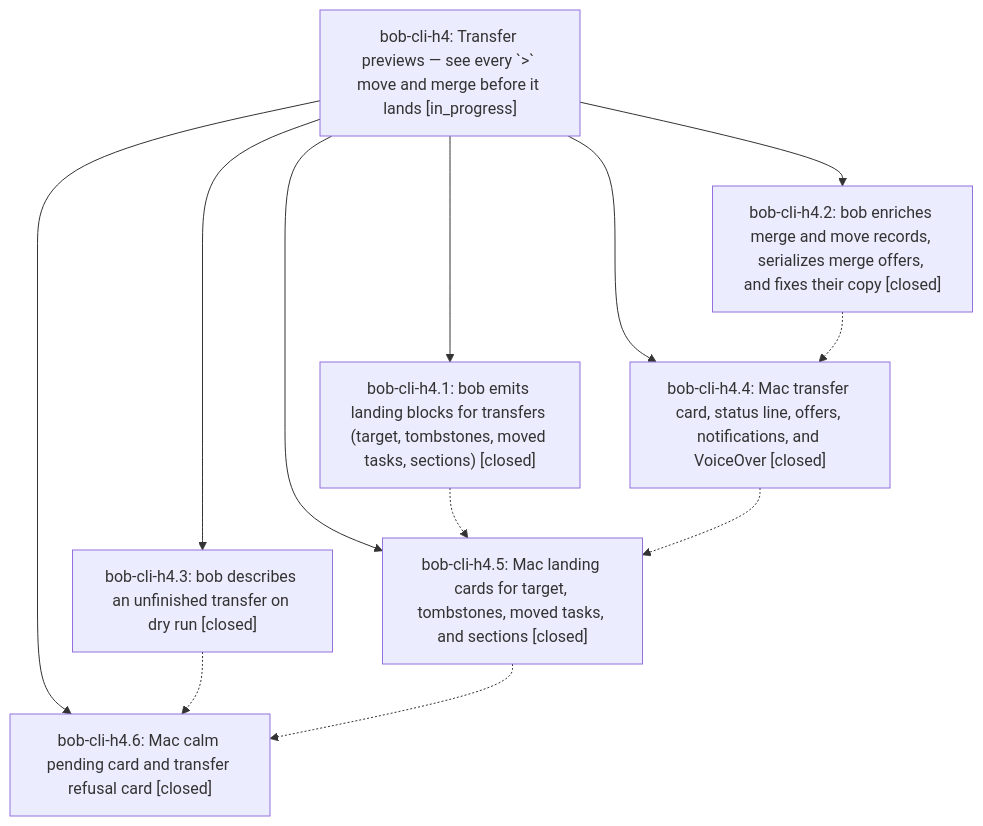
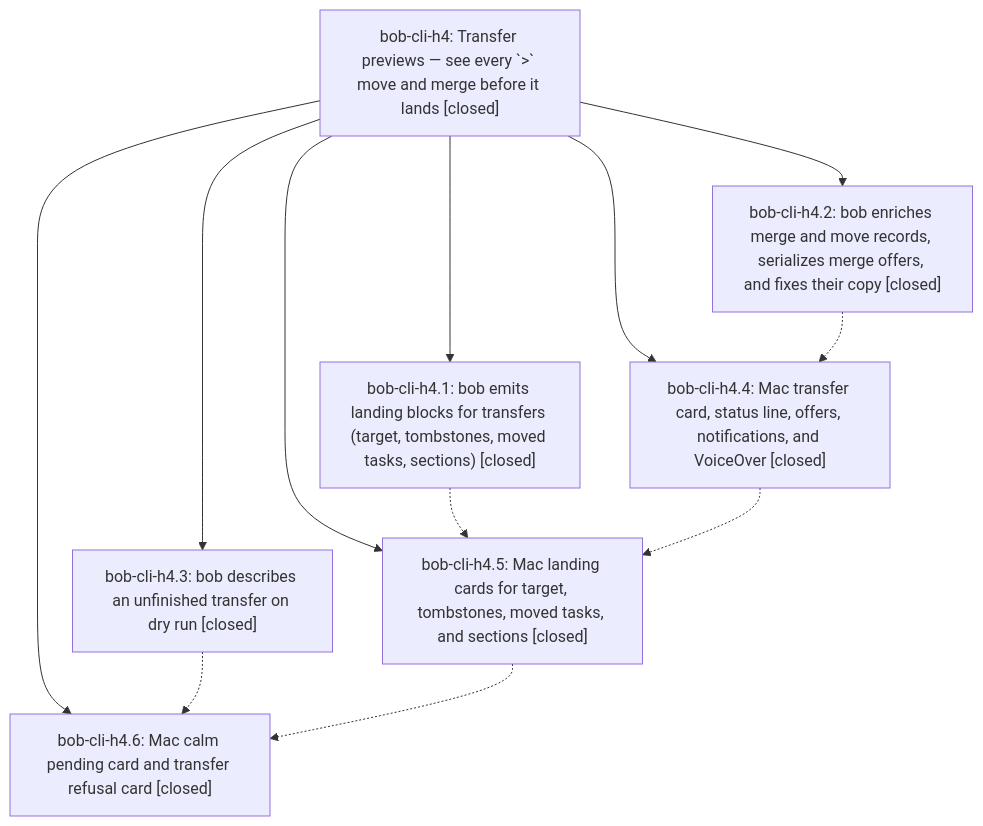
The diagram in pages/bob-cli-h4/README.md (bobs-org/bob-cli--beads), drawn with Mermaid before and after one commit. The commit also changed other lines of this file, not shown here.

First line of the commit message:
chore(beads): sync bead state and pages for bob-cli-h4

````diff
--- a/pages/bob-cli-h4/README.md
+++ b/pages/bob-cli-h4/README.md
@@ -45,21 +59,21 @@
 ```mermaid
 flowchart TD
-    n0["bob-cli-h4: Transfer previews — see every `&gt;` move and merge before it lands [in_progress]"]
+    n0["bob-cli-h4: Transfer previews — see every `&gt;` move and merge before it lands [closed]"]
     n1["bob-cli-h4.1: bob emits landing blocks for transfers (target, tombstones, moved tasks, sections) [closed]"]
     n2["bob-cli-h4.2: bob enriches merge and move records, serializes merge offers, and fixes their copy [closed]"]
     n3["bob-cli-h4.3: bob describes an unfinished transfer on dry run [closed]"]
     n4["bob-cli-h4.4: Mac transfer card, status line, offers, notifications, and VoiceOver [closed]"]
     n5["bob-cli-h4.5: Mac landing cards for target, tombstones, moved tasks, and sections [closed]"]
     n6["bob-cli-h4.6: Mac calm pending card and transfer refusal card [closed]"]
     n0 --> n1
     n0 --> n2
     n0 --> n3
     n0 --> n4
     n0 --> n5
     n0 --> n6
     n1 -.-> n5
     n2 -.-> n4
     n3 -.-> n6
     n4 -.-> n5
     n5 -.-> n6
 ```
````
